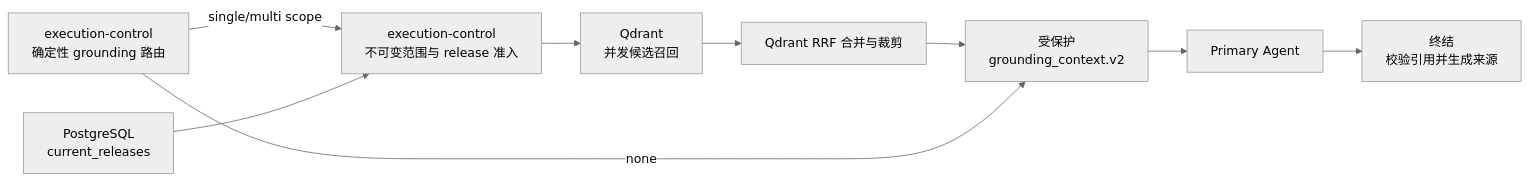
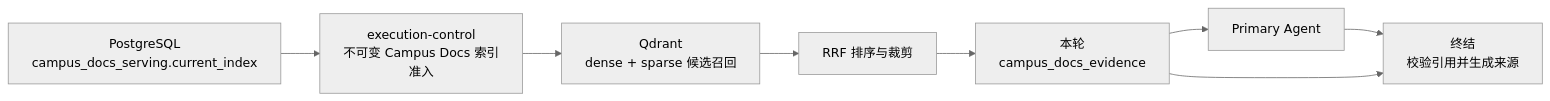
One commit to Luxfeier22331/campus-agent-main changed the fourth of 6 diagrams in docs/architecture/flows.md. Above: the diagram before and after it, drawn with Mermaid (neutral theme). The commit also changed other lines of this file and 308 other files, not shown here.

````diff
--- a/docs/architecture/flows.md
+++ b/docs/architecture/flows.md
@@ -87,16 +88,14 @@
 ```mermaid
 flowchart LR
-  Route["execution-control\n确定性 grounding 路由"]
-  Admission["execution-control\n不可变范围与 release 准入"]
-  Current["PostgreSQL\ncurrent_releases"]
-  Retrieval["Qdrant\n并发候选召回"]
-  RRF["Qdrant RRF 合并与裁剪"]
-  Context["受保护\ngrounding_context.v2"]
+  Admission["execution-control\n不可变 Campus Docs 索引准入"]
+  Current["PostgreSQL\ncampus_docs_serving.current_index"]
+  Retrieval["Qdrant\ndense + sparse 候选召回"]
+  RRF["RRF 排序与裁剪"]
+  Evidence["本轮\ncampus_docs_evidence"]
   Primary["Primary Agent"]
   Final["终结\n校验引用并生成来源"]
 
-  Route -->|single/multi scope| Admission
-  Current --> Admission --> Retrieval --> RRF --> Context
-  Route -->|none| Context
-  Context --> Primary --> Final
+  Current --> Admission --> Retrieval --> RRF --> Evidence
+  Evidence --> Primary --> Final
+  Evidence --> Final
 ```
````
